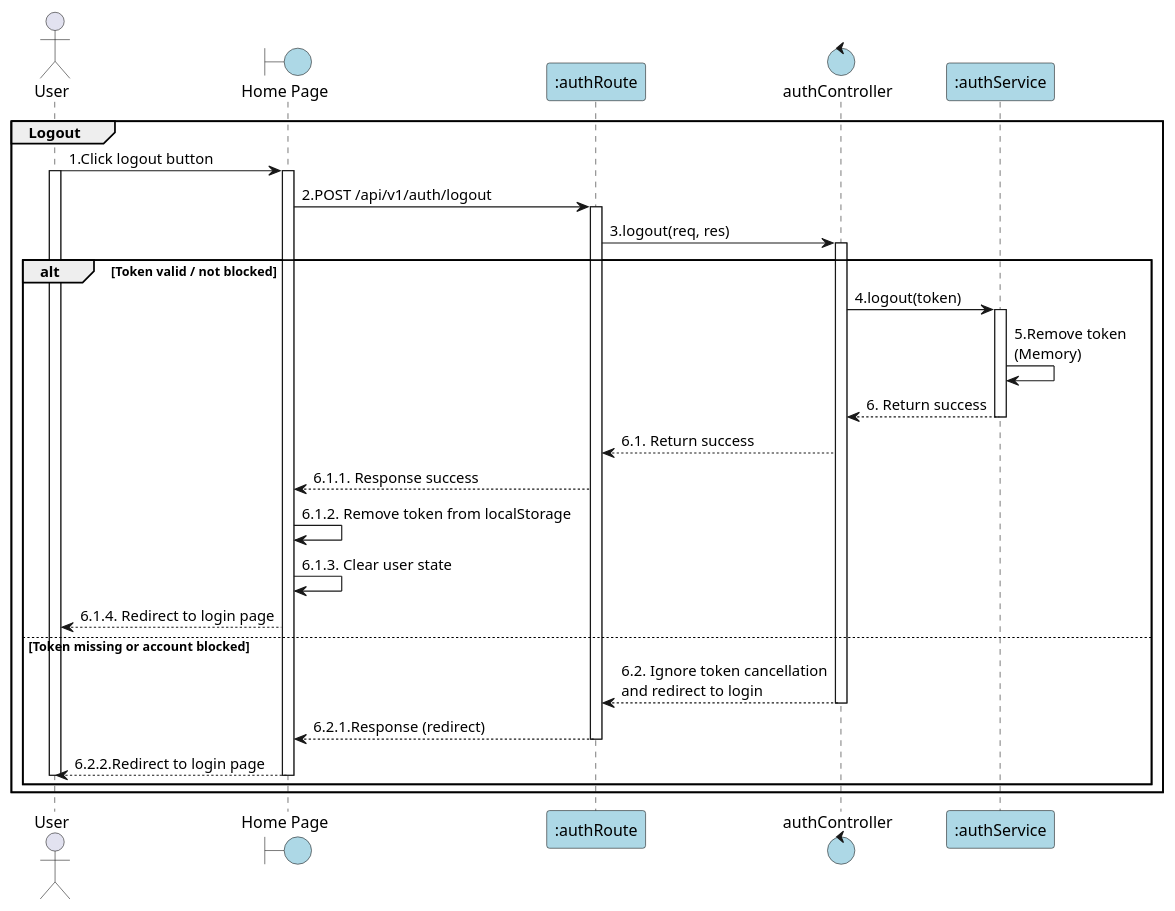
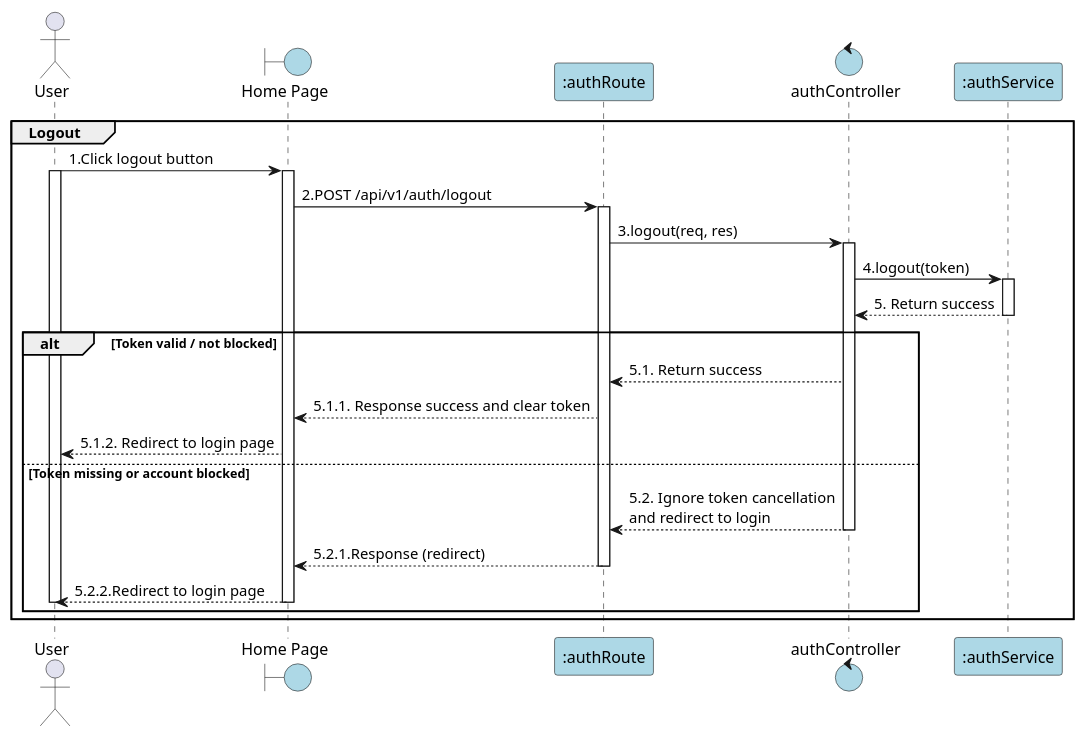
Before and after one commit to Aohkne/CaloCook: the diagram in PlanUML/5.logout.puml, drawn with PlantUML. The commit also changed 17 other files, not shown here.

```diff
--- a/PlanUML/5.logout.puml
+++ b/PlanUML/5.logout.puml
@@ -1,48 +1,46 @@
 @startuml Logout
 
 actor User as "User"
 boundary "Home Page" as View #lightblue
 participant ":authRoute" as Routes_FE #lightblue
 control "authController" as Controller #lightblue
 participant ":authService" as Service #lightblue
 
 group Logout
 User -> View: 1.Click logout button
 activate User
 activate View
 
 View -> Routes_FE: 2.POST /api/v1/auth/logout
 activate Routes_FE
 
 Routes_FE -> Controller: 3.logout(req, res)
 activate Controller
 
-alt Token valid / not blocked
+
     Controller -> Service: 4.logout(token)
     activate Service
 
-    Service -> Service: 5.Remove token\n(Memory)
-    Service --> Controller: 6. Return success
+    Service --> Controller: 5. Return success
     deactivate Service
 
-    Controller --> Routes_FE: 6.1. Return success
+alt Token valid / not blocked
+    Controller --> Routes_FE: 5.1. Return success
 
-    Routes_FE --> View: 6.1.1. Response success
+    Routes_FE --> View: 5.1.1. Response success and clear token
 
-    View -> View: 6.1.2. Remove token from localStorage
-    View -> View: 6.1.3. Clear user state
-    View --> User: 6.1.4. Redirect to login page
+    View --> User: 5.1.2. Redirect to login page
 
 else Token missing or account blocked
-    Controller --> Routes_FE: 6.2. Ignore token cancellation\nand redirect to login
+    Controller --> Routes_FE: 5.2. Ignore token cancellation\nand redirect to login
     deactivate Controller
 
 
-    Routes_FE --> View: 6.2.1.Response (redirect)
+    Routes_FE --> View: 5.2.1.Response (redirect)
     deactivate Routes_FE
-    View --> User: 6.2.2.Redirect to login page
+    View --> User: 5.2.2.Redirect to login page
     deactivate View
     deactivate User
 end
 end
 @enduml
```
